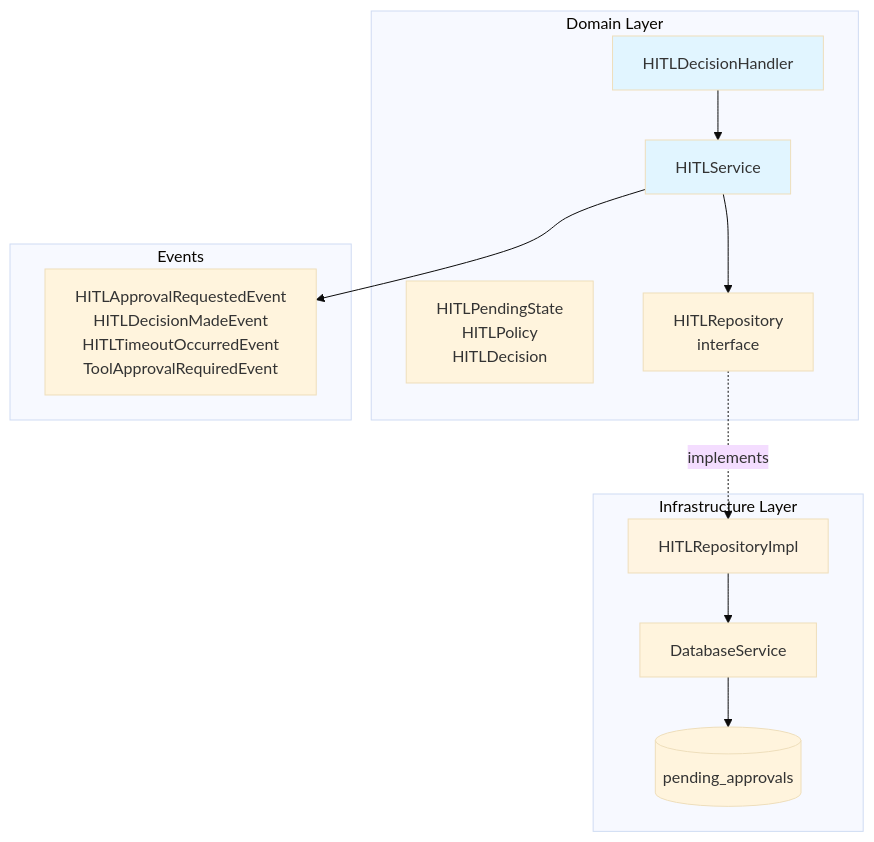
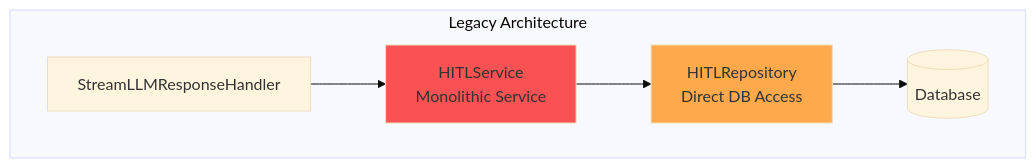
The first of 2 diagrams in doc/agent-runtime-hitl-comparison.md (pese-git/codelab-workspace), drawn with Mermaid (base theme) before and after one commit. The commit also changed other lines of this file, not shown here.

First line of the commit message:
docs: add comprehensive HITL system comparison (legacy vs unified)

````diff
--- a/doc/agent-runtime-hitl-comparison.md
+++ b/doc/agent-runtime-hitl-comparison.md
@@ -46,30 +16,16 @@
 ```mermaid
 graph TB
-    subgraph "Domain Layer"
-        HITLService[HITLService]
-        HITLDecisionHandler[HITLDecisionHandler]
-        HITLEntities[HITLPendingState<br/>HITLPolicy<br/>HITLDecision]
-        HITLRepo[HITLRepository<br/>interface]
+    subgraph "Legacy Architecture"
+        Handler[StreamLLMResponseHandler]
+        HS[HITLService<br/>Monolithic Service]
+        HR[HITLRepository<br/>Direct DB Access]
+        DB1[(Database)]
+        
+        Handler --> HS
+        HS --> HR
+        HR --> DB1
+        
+        style HS fill:#fa5252
+        style HR fill:#ffa94d
     end
-    
-    subgraph "Infrastructure Layer"
-        HITLRepoImpl[HITLRepositoryImpl]
-        DatabaseService[DatabaseService]
-        PendingApprovalTable[(pending_approvals)]
-    end
-    
-    subgraph "Events"
-        HITLEvents[HITLApprovalRequestedEvent<br/>HITLDecisionMadeEvent<br/>HITLTimeoutOccurredEvent<br/>ToolApprovalRequiredEvent]
-    end
-    
-    HITLService --> HITLRepo
-    HITLService --> HITLEvents
-    HITLDecisionHandler --> HITLService
-    HITLRepo -.implements.-> HITLRepoImpl
-    HITLRepoImpl --> DatabaseService
-    DatabaseService --> PendingApprovalTable
-    
-    style HITLService fill:#e1f5ff
-    style HITLDecisionHandler fill:#e1f5ff
-    style HITLRepoImpl fill:#fff4e1
 ```
````
